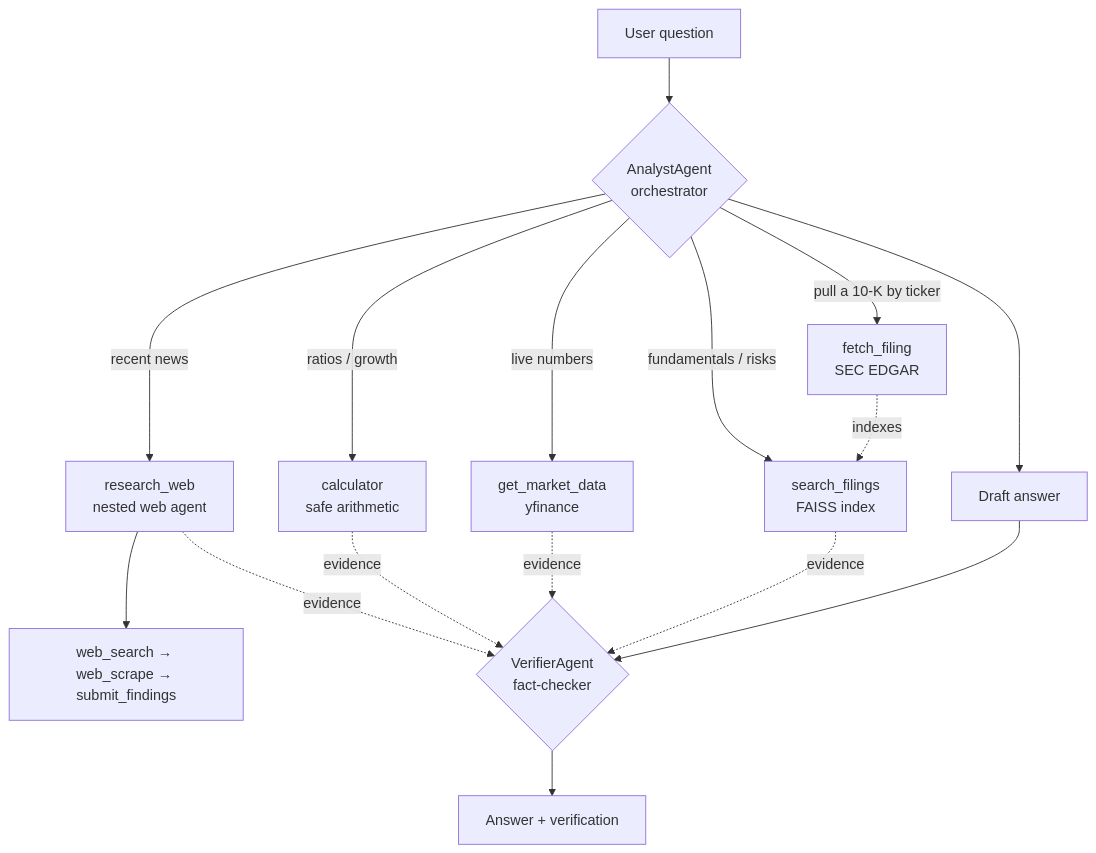
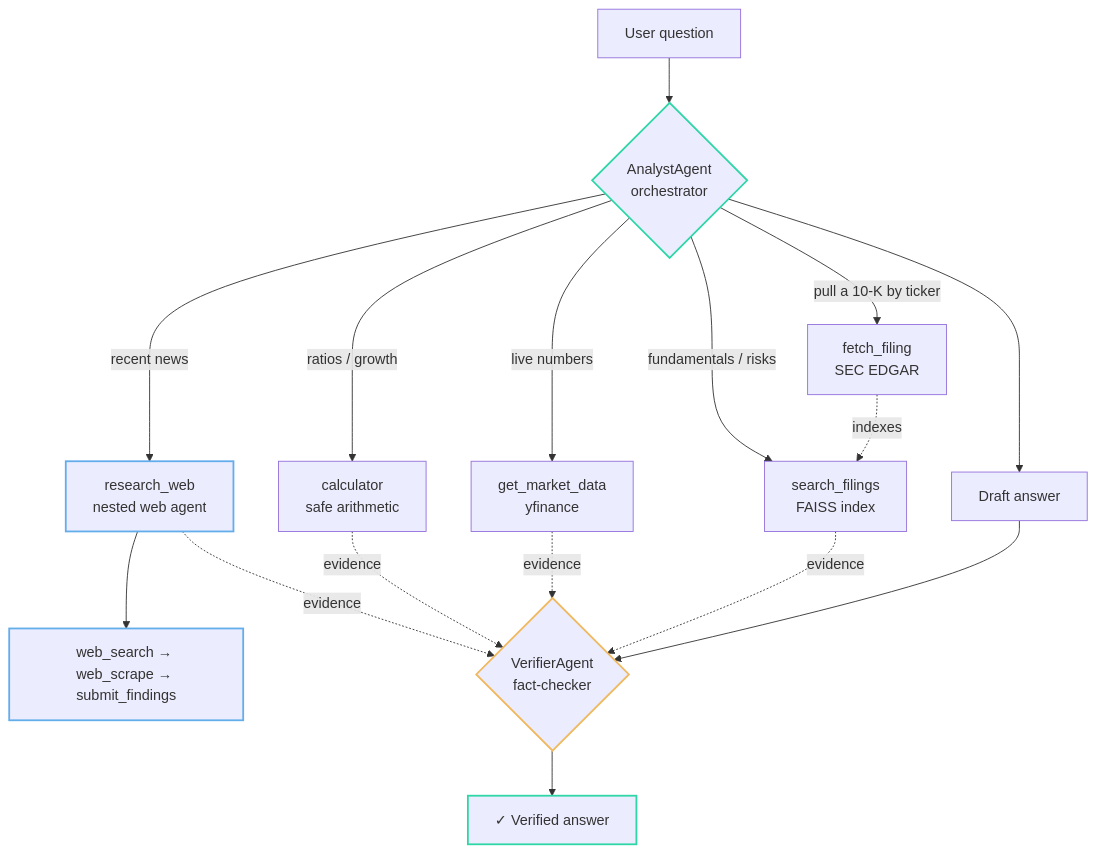
Before and after one commit to isaacchaljub/equity-research-agent: the diagram in README.md, drawn with Mermaid.

Commit message:
Style README architecture diagram (emerald agents, amber verifier, blue web)

````diff
--- a/README.md
+++ b/README.md
@@ -21,18 +21,25 @@
 ```mermaid
 flowchart TD
     U[User question] --> A{AnalystAgent<br/>orchestrator}
     A -->|pull a 10-K by ticker| E[fetch_filing<br/>SEC EDGAR]
     E -.indexes.-> F
     A -->|fundamentals / risks| F[search_filings<br/>FAISS index]
     A -->|live numbers| M[get_market_data<br/>yfinance]
     A -->|ratios / growth| C[calculator<br/>safe arithmetic]
     A -->|recent news| W[research_web<br/>nested web agent]
     W --> WS[web_search → web_scrape → submit_findings]
     A --> D[Draft answer]
     D --> V{VerifierAgent<br/>fact-checker}
     F -.evidence.-> V
     M -.evidence.-> V
     C -.evidence.-> V
     W -.evidence.-> V
-    V --> R[Answer + verification]
+    V --> R[✓ Verified answer]
+
+    classDef agent stroke:#2FD6A6,stroke-width:2px;
+    classDef web stroke:#63ADEB,stroke-width:2px;
+    classDef verify stroke:#F0B95E,stroke-width:2px;
+    class A,R agent;
+    class W,WS web;
+    class V verify;
 ```
````
